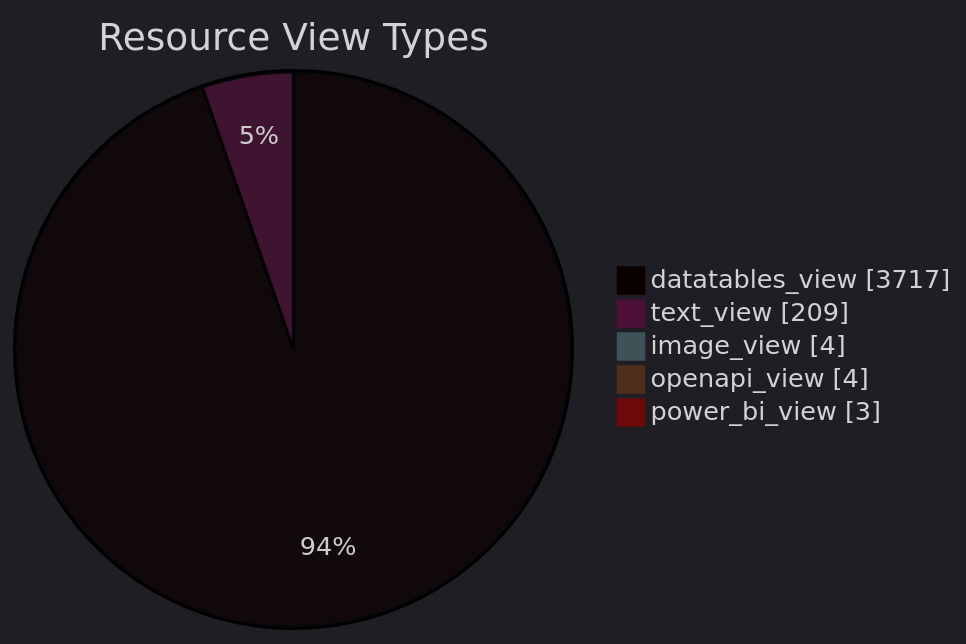
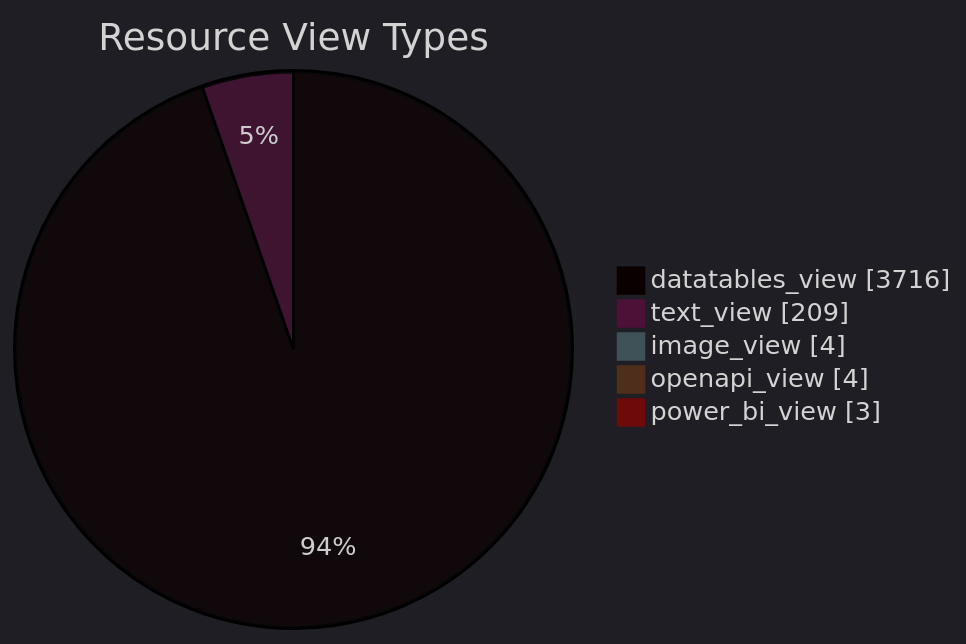
Before and after one commit to open-data/analytics-corporate-reporting: the diagram in datastore_tracker/resource_view_types_pie_chart.md, drawn with Mermaid. The commit also changed 9 other files, not shown here.

````diff
--- a/datastore_tracker/resource_view_types_pie_chart.md
+++ b/datastore_tracker/resource_view_types_pie_chart.md
@@ -2,12 +2,12 @@
 ```mermaid
 ---
 config:
   theme: dark
 ---
 pie showData title Resource View Types
-    "datatables_view": 3717
+    "datatables_view": 3716
     "text_view": 209
     "image_view": 4
     "openapi_view": 4
     "power_bi_view": 3
 ```
````
